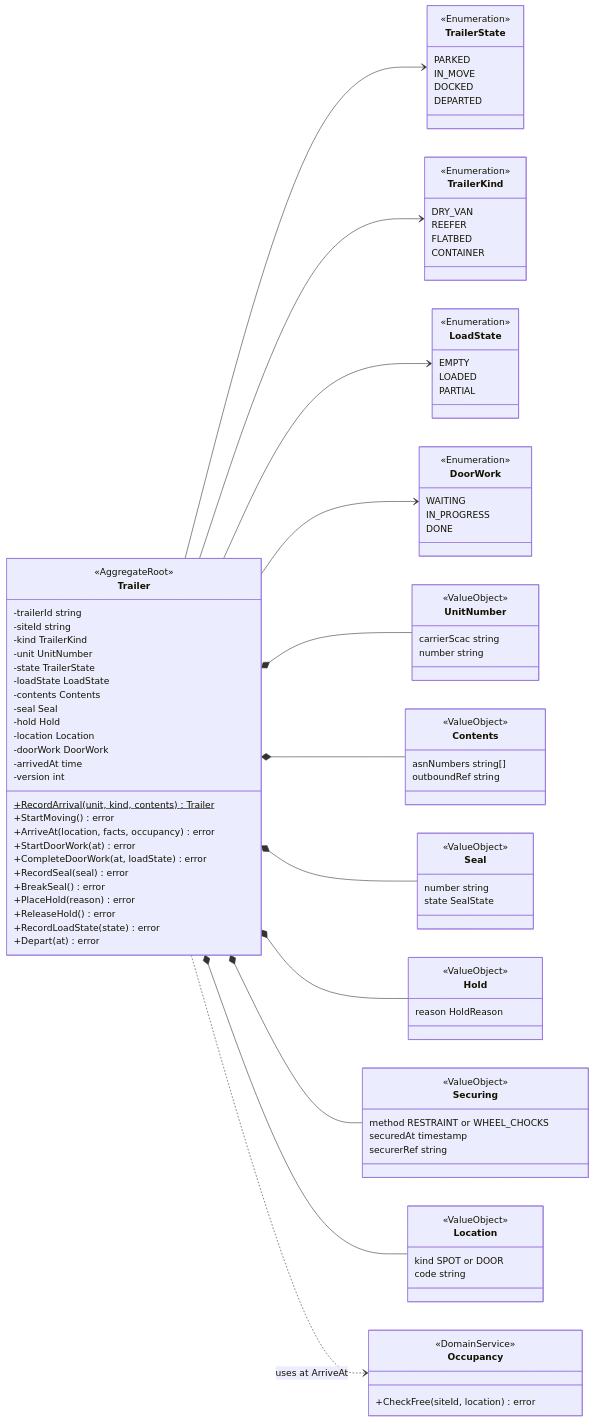
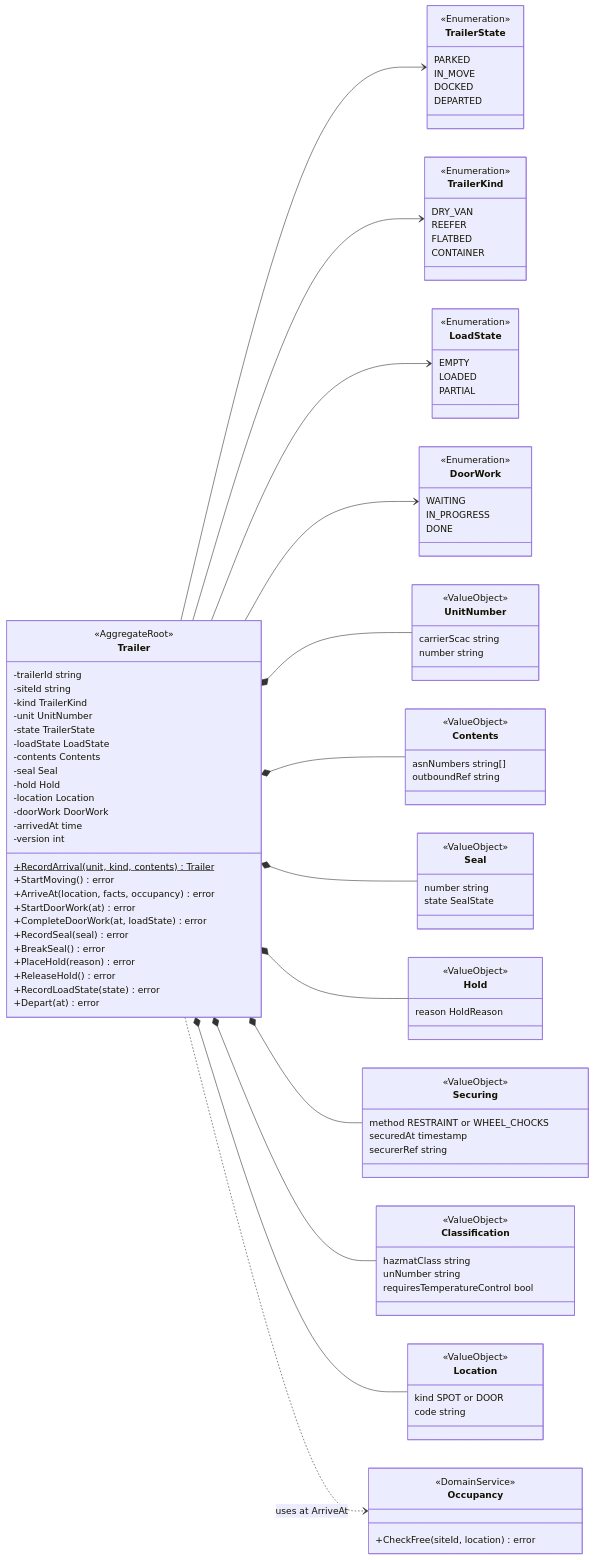
The first of 8 diagrams in docs/docs/ddd/class-diagram.md (IQVO/yard-management), drawn with Mermaid before and after one commit. The commit also changed 126 other files, not shown here.

````diff
--- a/docs/docs/ddd/class-diagram.md
+++ b/docs/docs/ddd/class-diagram.md
@@ -117,6 +117,13 @@
     Trailer *-- Seal
     Trailer *-- Hold
     Trailer *-- Securing
+    class Classification {
+        <<ValueObject>>
+        hazmatClass string
+        unNumber string
+        requiresTemperatureControl bool
+    }
+    Trailer *-- Classification
     Trailer *-- Location
     Trailer ..> Occupancy : uses at ArriveAt
 ```
````
